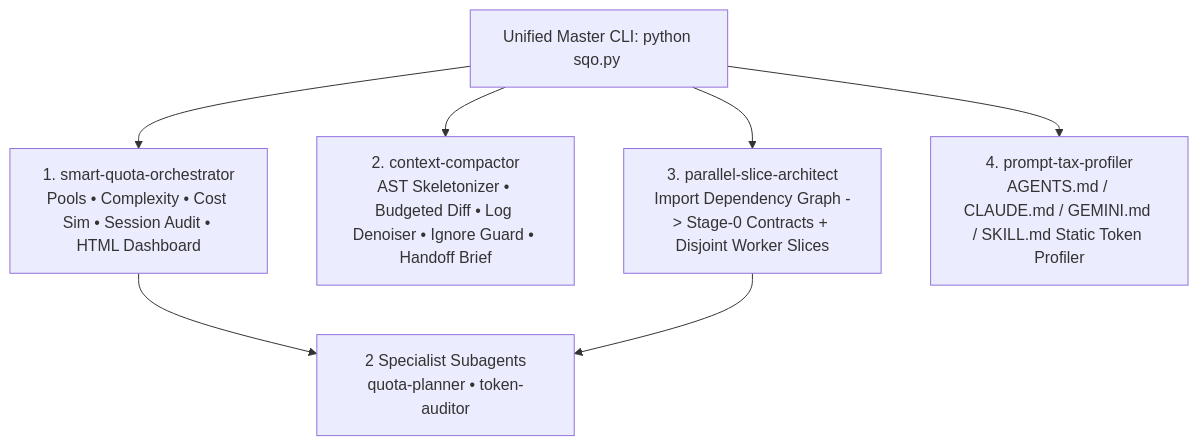
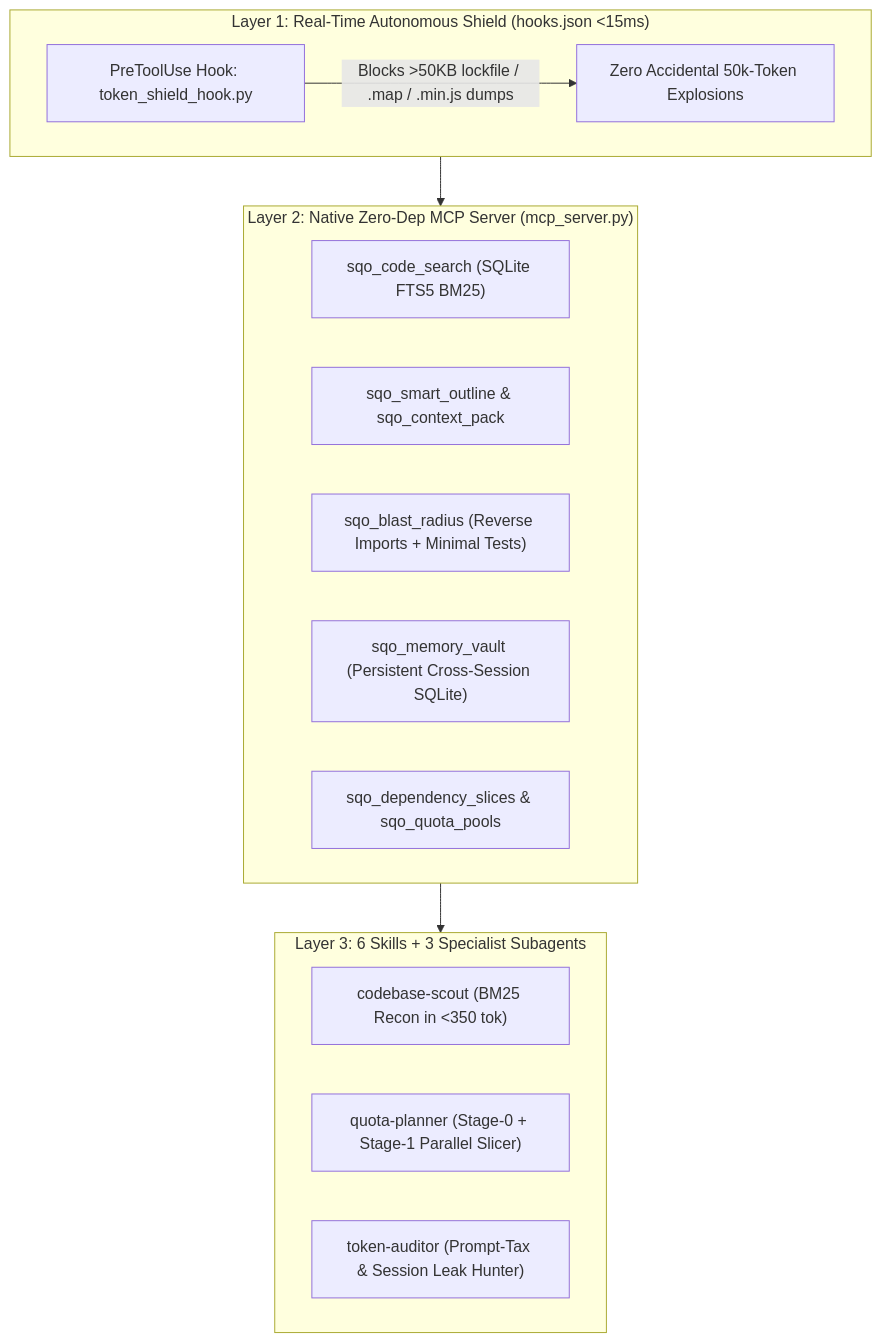
One commit to ElNeMeR70/smart-quota-orchestrator changed the diagram in README.md. Above: the diagram before and after it, drawn with Mermaid. The commit also changed other lines of this file and 23 other files, not shown here.

Commit message:
feat!: release v3.0.0 Enterprise Autonomous Suite (10 native MCP tools, PreToolUse shield hook, BM25 code search, memory vault, blast-radius & empirical benchmarks)

````diff
--- a/README.md
+++ b/README.md
@@ -35,10 +39,23 @@
 ```mermaid
 flowchart TD
-    CLI["Unified Master CLI: python sqo.py <command>"]
-    CLI --> S1["1. smart-quota-orchestrator<br/>Pools • Complexity • Cost Sim • Session Audit • HTML Dashboard"]
-    CLI --> S2["2. context-compactor<br/>AST Skeletonizer • Budgeted Diff • Log Denoiser • Ignore Guard • Handoff Brief"]
-    CLI --> S3["3. parallel-slice-architect<br/>Import Dependency Graph -> Stage-0 Contracts + Disjoint Worker Slices"]
-    CLI --> S4["4. prompt-tax-profiler<br/>AGENTS.md / CLAUDE.md / GEMINI.md / SKILL.md Static Token Profiler"]
-    S1 --> AG["2 Specialist Subagents<br/>quota-planner • token-auditor"]
-    S3 --> AG
+    subgraph L1["Layer 1: Real-Time Autonomous Shield (hooks.json <15ms)"]
+        H1["PreToolUse Hook: token_shield_hook.py"]
+        H1 -->|"Blocks >50KB lockfile / .map / .min.js dumps"| SAFE["Zero Accidental 50k-Token Explosions"]
+    end
+
+    subgraph L2["Layer 2: Native Zero-Dep MCP Server (mcp_server.py)"]
+        M1["sqo_code_search (SQLite FTS5 BM25)"]
+        M2["sqo_smart_outline & sqo_context_pack"]
+        M3["sqo_blast_radius (Reverse Imports + Minimal Tests)"]
+        M4["sqo_memory_vault (Persistent Cross-Session SQLite)"]
+        M5["sqo_dependency_slices & sqo_quota_pools"]
+    end
+
+    subgraph L3["Layer 3: 6 Skills + 3 Specialist Subagents"]
+        A1["codebase-scout (BM25 Recon in <350 tok)"]
+        A2["quota-planner (Stage-0 + Stage-1 Parallel Slicer)"]
+        A3["token-auditor (Prompt-Tax & Session Leak Hunter)"]
+    end
+
+    L1 --> L2 --> L3
 ```
````
